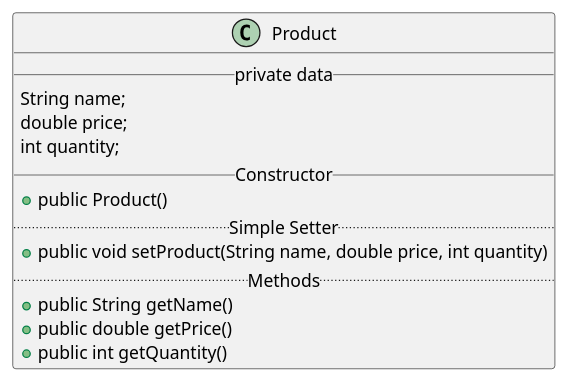
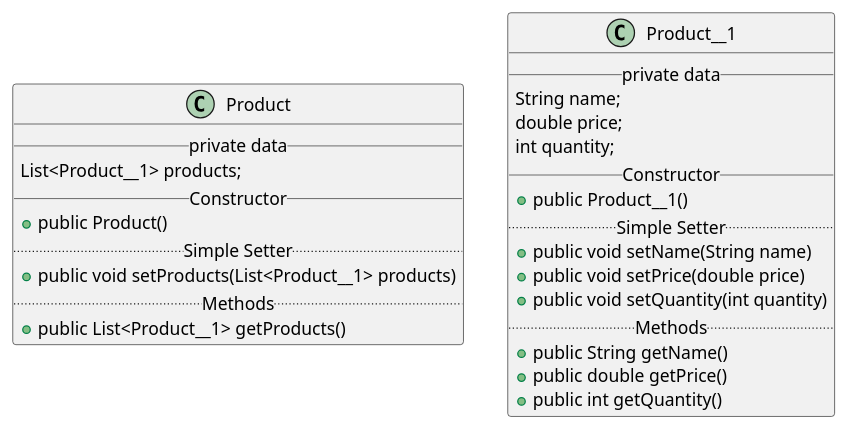
Before and after one commit to psottomayorpereir/sottomayorpereiradasilva-cop3330-assignment3: the diagram in src/main/java/ex44/ex44_UMLDiagram.puml, drawn with PlantUML. The commit also changed 2 other files, not shown here.

```diff
--- a/src/main/java/ex44/ex44_UMLDiagram.puml
+++ b/src/main/java/ex44/ex44_UMLDiagram.puml
@@ -1,16 +1,28 @@
 @startuml
 class Product{
+__private data__
+List<Product__1> products;
+__Constructor__
++public Product()
+..Simple Setter..
++public void setProducts(List<Product__1> products)
+..Methods..
++public List<Product__1> getProducts()
+}
+class Product__1{
 __private data__
 String name;
 double price;
 int quantity;
 __Constructor__
-+public Product()
++public Product__1()
 ..Simple Setter..
-+public void setProduct(String name, double price, int quantity)
++public void setName(String name)
++public void setPrice(double price)
++public void setQuantity(int quantity)
 ..Methods..
 +public String getName()
 +public double getPrice()
 +public int getQuantity()
 }
 @enduml
```
